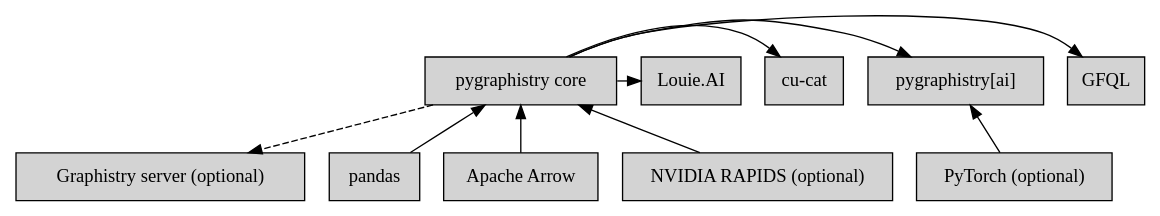
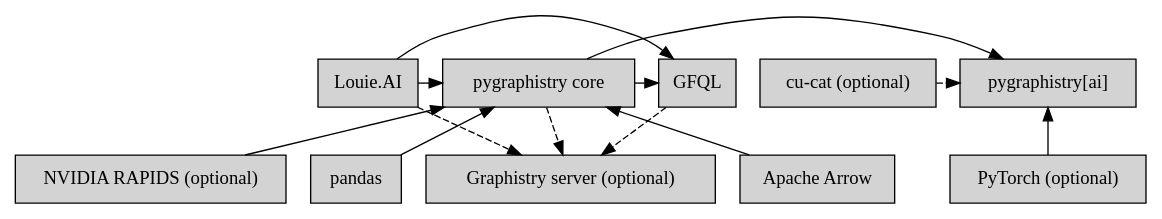
The diagram in docs/source/ecosystem.rst (graphistry/pygraphistry), drawn with Graphviz before and after one commit. The commit also changed other lines of this file, not shown here.

Commit message:
docs: refine ecosystem relationships

```diff
--- a/docs/source/ecosystem.rst
+++ b/docs/source/ecosystem.rst
@@ -6,33 +6,38 @@
 .. graphviz::
 
    digraph graphistry_ecosystem_toy {
        rankdir=TB;
        node [shape=box, style=filled, fillcolor=lightgray];
 
        core [label="pygraphistry core"];
        gfql [label="GFQL"];
        ai [label="pygraphistry[ai]"];
-       cucat [label="cu-cat"];
+       cucat [label="cu-cat (optional)"];
        louie [label="Louie.AI"];
 
        pandas [label="pandas"];
        arrow [label="Apache Arrow"];
        server [label="Graphistry server (optional)"];
        rapids [label="NVIDIA RAPIDS (optional)"];
        pytorch [label="PyTorch (optional)"];
 
        {rank=same; pandas; arrow; server; rapids; pytorch;}
        {rank=same; gfql; core; ai; louie; cucat;}
 
        pandas -> core;
        arrow -> core;
        rapids -> core;
        pytorch -> ai;
 
        core -> gfql;
        core -> ai;
-       core -> cucat;
-       core -> louie;
+
+       cucat -> ai [style=dashed];
+
+       louie -> core;
+       louie -> gfql;
+       louie -> server [style=dashed];
 
        core -> server [style=dashed];
+       gfql -> server [style=dashed];
    }
```
